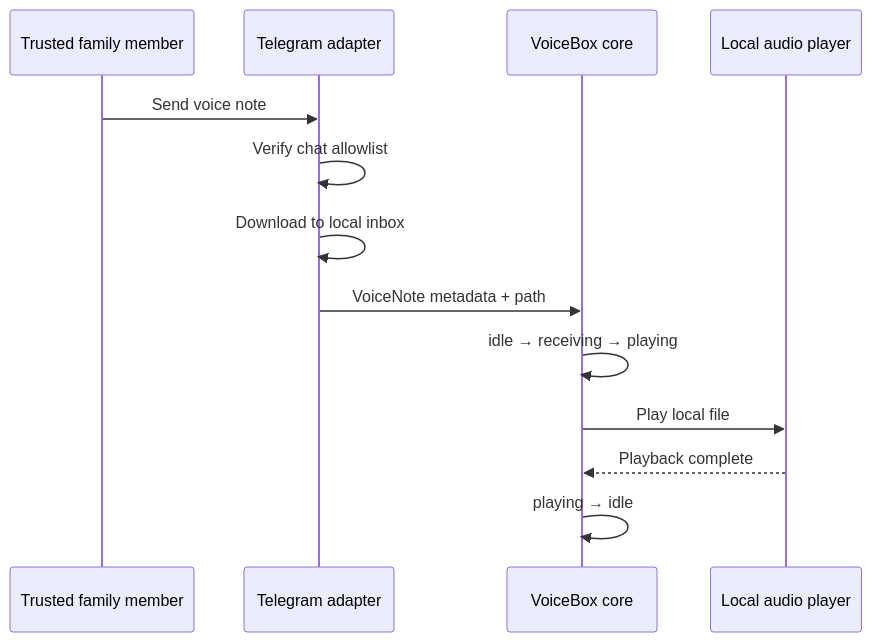
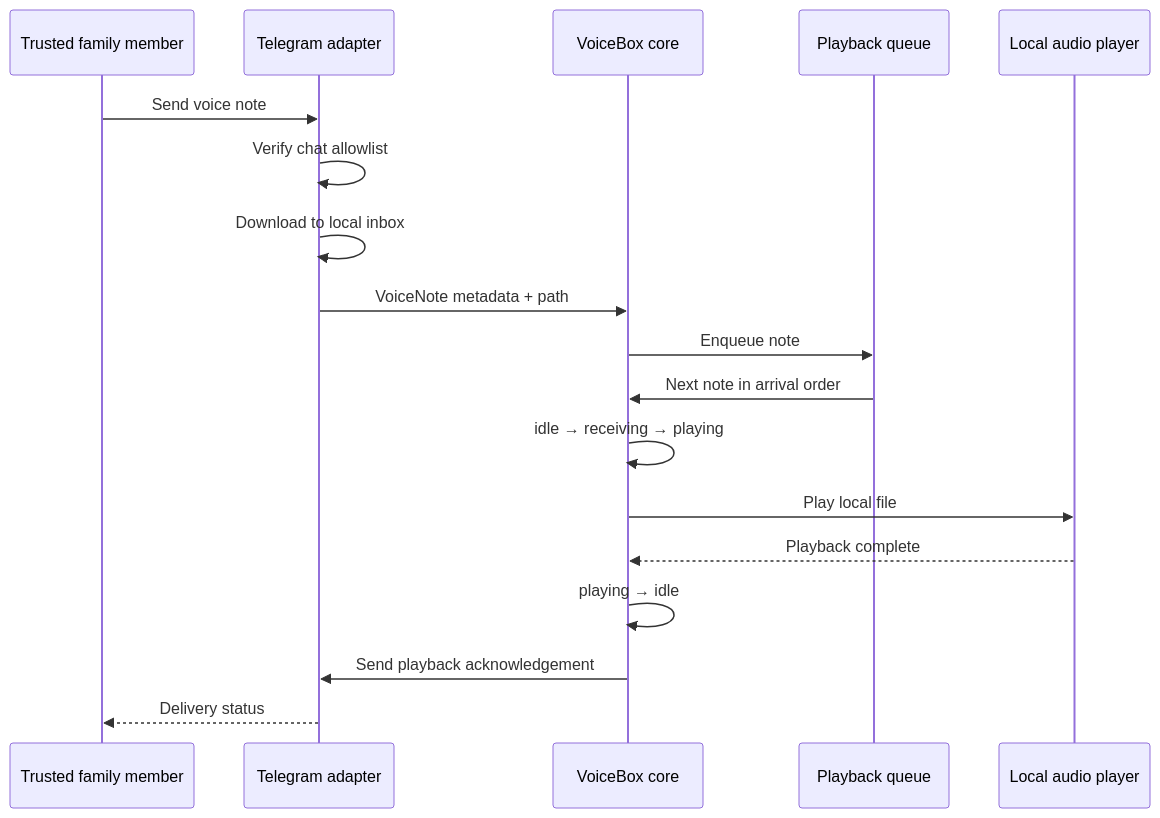
One commit to Daro05/voicebox-kids changed the second of 2 diagrams in docs/ARCHITECTURE.md. Above: the diagram before and after it, drawn with Mermaid. The commit also changed other lines of this file and 15 other files, not shown here.

````diff
--- a/docs/ARCHITECTURE.md
+++ b/docs/ARCHITECTURE.md
@@ -43,16 +43,21 @@
 ```mermaid
 sequenceDiagram
     participant F as Trusted family member
     participant T as Telegram adapter
     participant C as VoiceBox core
+    participant Q as Playback queue
     participant P as Local audio player
 
     F->>T: Send voice note
     T->>T: Verify chat allowlist
     T->>T: Download to local inbox
     T->>C: VoiceNote metadata + path
+    C->>Q: Enqueue note
+    Q->>C: Next note in arrival order
     C->>C: idle → receiving → playing
     C->>P: Play local file
     P-->>C: Playback complete
     C->>C: playing → idle
+    C->>T: Send playback acknowledgement
+    T-->>F: Delivery status
 ```
````
